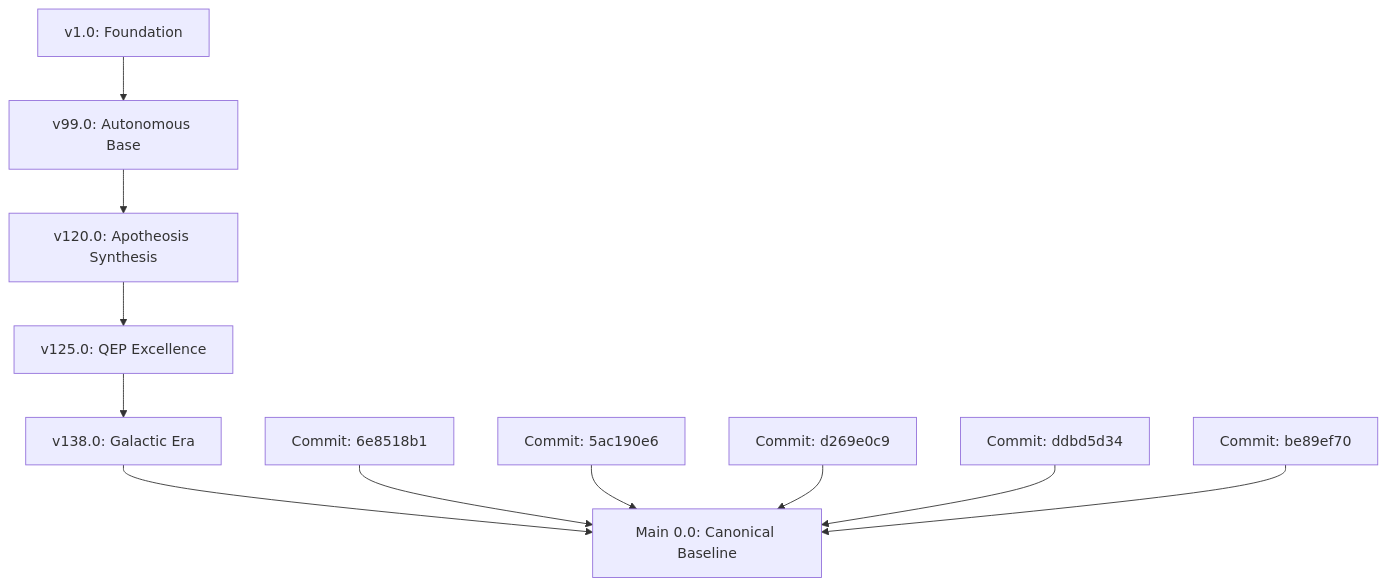
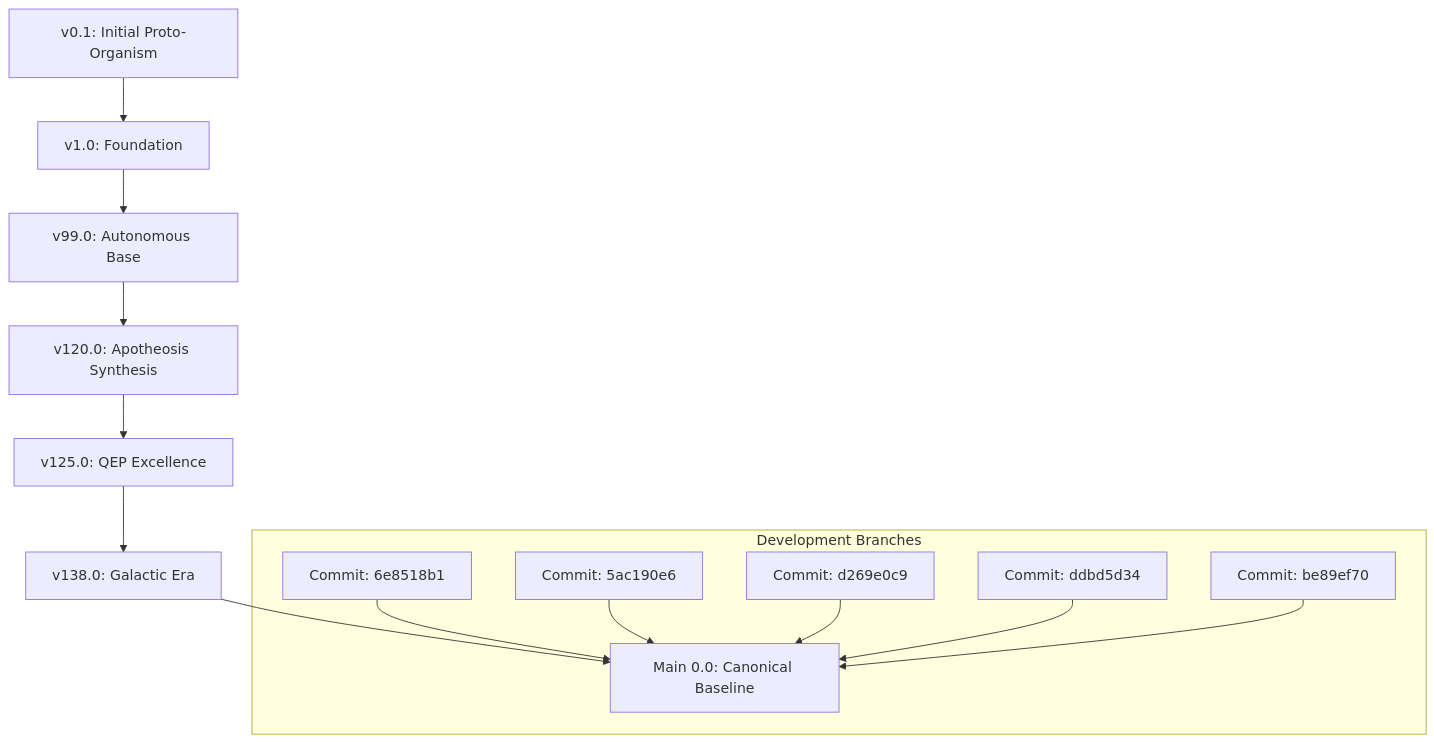
One commit to Rehan719/Workstation changed the diagram in VERSION_LINEAGE_FINAL.md. Above: the diagram before and after it, drawn with Mermaid. The commit also changed other lines of this file and 19 other files, not shown here.

````diff
--- a/VERSION_LINEAGE_FINAL.md
+++ b/VERSION_LINEAGE_FINAL.md
@@ -5,13 +5,16 @@
 ```mermaid
 graph TD
-    v1.0[v1.0: Foundation] --> v99.0[v99.0: Autonomous Base]
+    v0.1[v0.1: Initial Proto-Organism] --> v1.0[v1.0: Foundation]
+    v1.0 --> v99.0[v99.0: Autonomous Base]
     v99.0 --> v120.0[v120.0: Apotheosis Synthesis]
     v120.0 --> v125.0[v125.0: QEP Excellence]
     v125.0 --> v138.0[v138.0: Galactic Era]
     v138.0 --> Main0[Main 0.0: Canonical Baseline]
-    6e8518b1[Commit: 6e8518b1] --> Main0
-    5ac190e6[Commit: 5ac190e6] --> Main0
-    d269e0c9[Commit: d269e0c9] --> Main0
-    ddbd5d34[Commit: ddbd5d34] --> Main0
-    be89ef70[Commit: be89ef70] --> Main0
+    subgraph "Development Branches"
+        6e8518b1[Commit: 6e8518b1] --> Main0
+        5ac190e6[Commit: 5ac190e6] --> Main0
+        d269e0c9[Commit: d269e0c9] --> Main0
+        ddbd5d34[Commit: ddbd5d34] --> Main0
+        be89ef70[Commit: be89ef70] --> Main0
+    end
 ```
````
